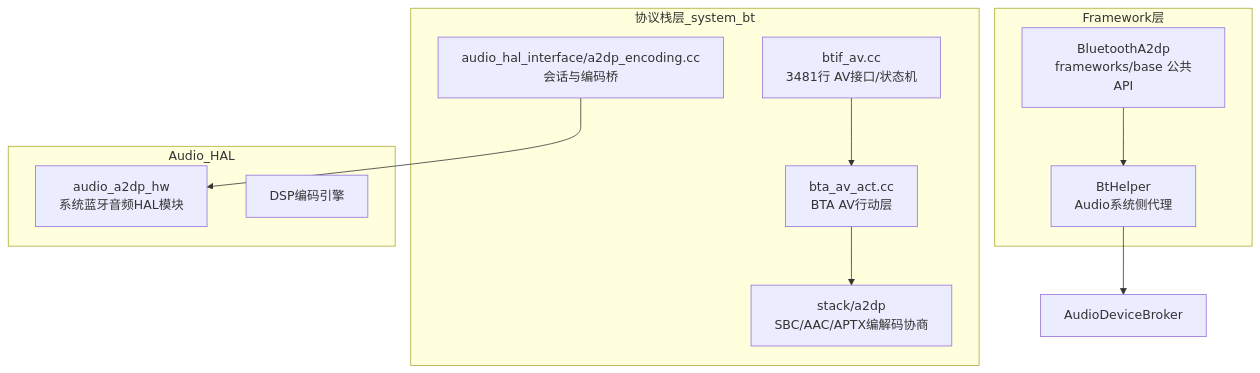
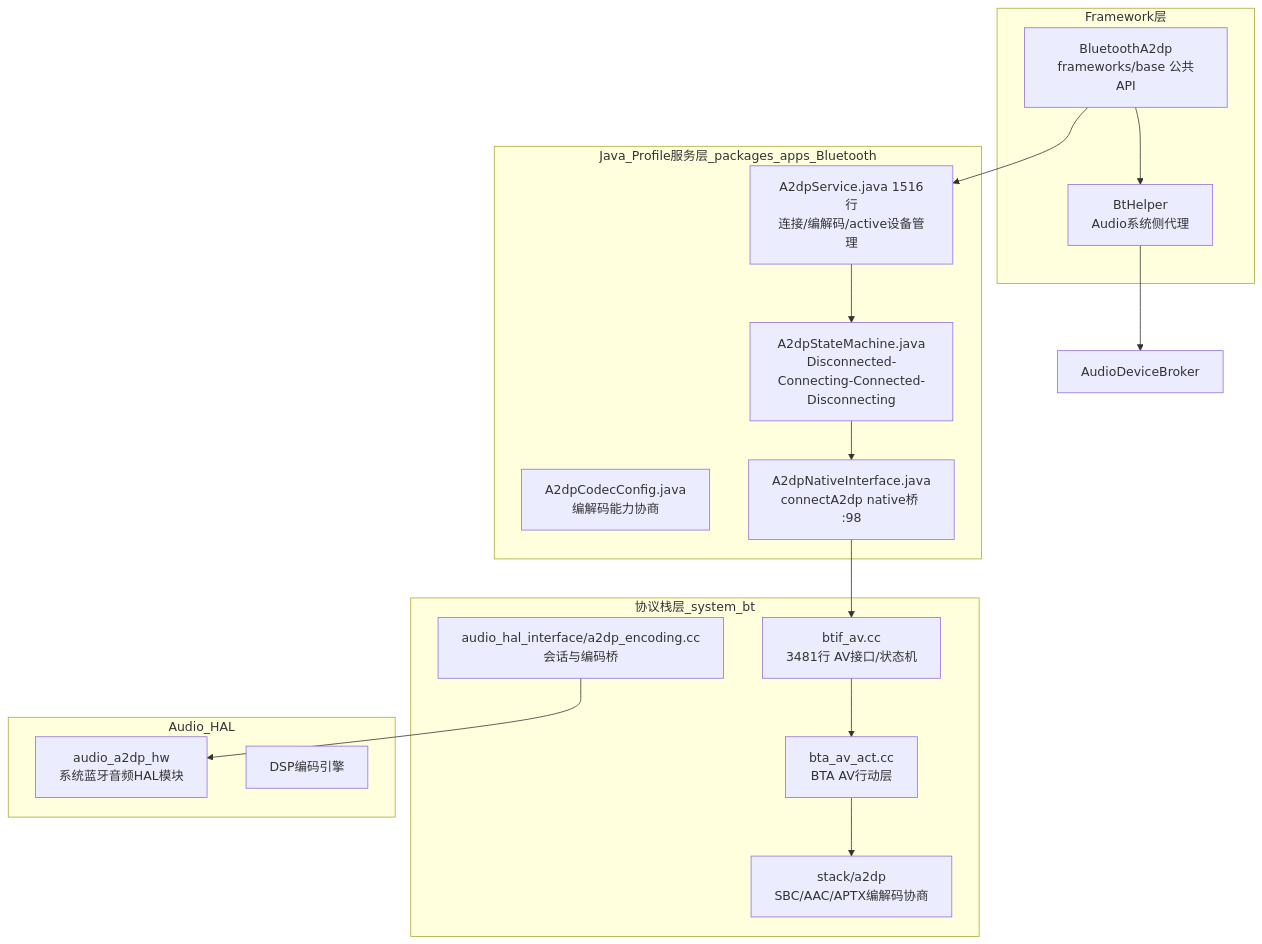
One commit to yanglinzhen1022/SA8295_AAOS_QNX_Audio_KnowledgeBase changed the first of 6 diagrams in 14_Bluetooth_Audio/14_14.2_A2DP-高级音频分发协议.md. Above: the diagram before and after it, drawn with Mermaid. The commit also changed other lines of this file and 58 other files, not shown here.

````diff
--- a/14_Bluetooth_Audio/14_14.2_A2DP-高级音频分发协议.md
+++ b/14_Bluetooth_Audio/14_14.2_A2DP-高级音频分发协议.md
@@ -13,25 +13,36 @@
 ```mermaid
 graph TB
+    subgraph Java_Profile服务层_packages_apps_Bluetooth
+        A2SVC[A2dpService.java 1516行<br>连接/编解码/active设备管理]
+        A2SM[A2dpStateMachine.java<br>Disconnected-Connecting-Connected-Disconnecting]
+        A2CC[A2dpCodecConfig.java<br>编解码能力协商]
+        A2NI[A2dpNativeInterface.java<br>connectA2dp native桥 :98]
+    end
+
     subgraph Framework层
         BA2[BluetoothA2dp<br>frameworks/base 公共API]
         BTH[BtHelper<br>Audio系统侧代理]
     end
 
     subgraph 协议栈层_system_bt
         BTIF[btif_av.cc<br>3481行 AV接口/状态机]
         BTA[bta_av_act.cc<br>BTA AV行动层]
         STACK[stack/a2dp<br>SBC/AAC/APTX编解码协商]
         HALIF[audio_hal_interface/a2dp_encoding.cc<br>会话与编码桥]
     end
 
     subgraph Audio_HAL
         A2DP_HW[audio_a2dp_hw<br>系统蓝牙音频HAL模块]
         DSP[DSP编码引擎]
     end
 
+    BA2 --> A2SVC
+    A2SVC --> A2SM
+    A2SM --> A2NI
+    A2NI --> BTIF
     BA2 --> BTH
     BTH --> ADB[AudioDeviceBroker]
     BTIF --> BTA
     BTA --> STACK
     HALIF --> A2DP_HW
 ```
````
